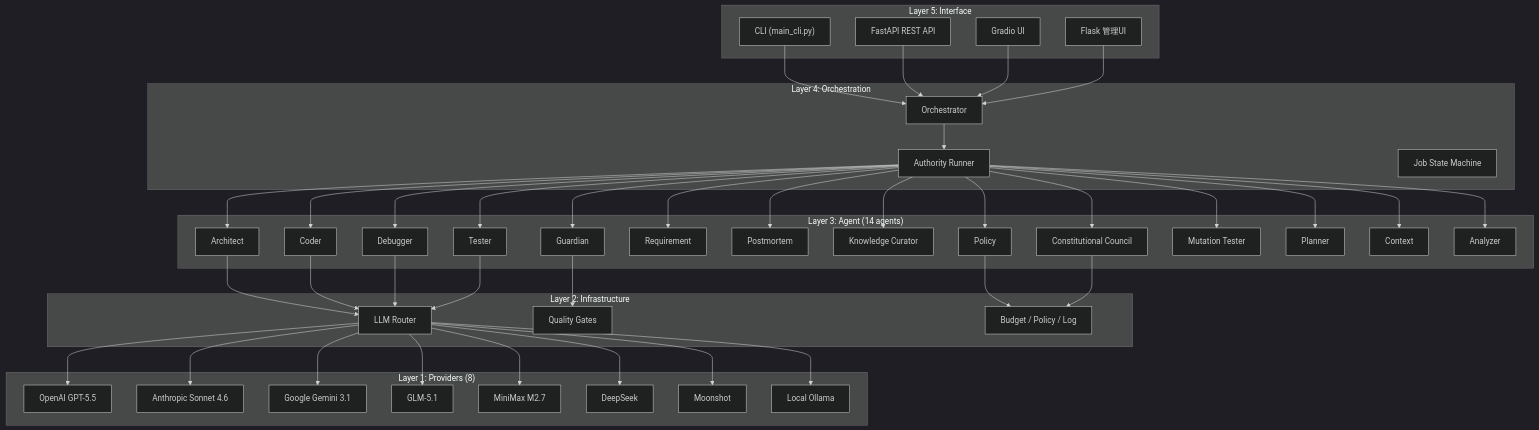
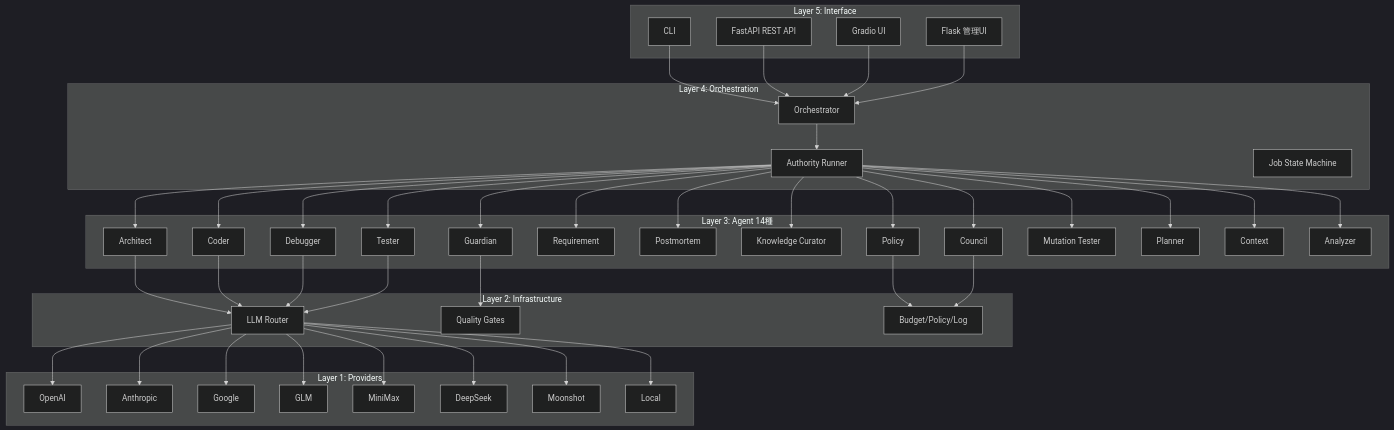
The first of 5 diagrams in articles/nexuscore-multi-agent-architecture.md (fukukei23/zenn), drawn with Mermaid (dark theme) before and after one commit. The commit also changed other lines of this file, not shown here.

Commit message:
fix: mermaid rendering - remove & chains over 10, quoted subgraph names, pipe labels, special chars

````diff
--- a/articles/nexuscore-multi-agent-architecture.md
+++ b/articles/nexuscore-multi-agent-architecture.md
@@ -28,19 +28,19 @@
 ```mermaid
 graph TB
-    subgraph "Layer 5: Interface"
-        CLI["CLI (main_cli.py)"]
+    subgraph L5[Layer 5: Interface]
+        CLI["CLI"]
         API["FastAPI REST API"]
         UI["Gradio UI"]
         WEB["Flask 管理UI"]
     end
 
-    subgraph "Layer 4: Orchestration"
+    subgraph L4[Layer 4: Orchestration]
         ORC["Orchestrator"]
         AR["Authority Runner"]
         SM["Job State Machine"]
     end
 
-    subgraph "Layer 3: Agent (14 agents)"
+    subgraph L3[Layer 3: Agent 14種]
         A1["Architect"]
         A2["Coder"]
         A3["Debugger"]
@@ -50,28 +50,28 @@
         A7["Postmortem"]
         A8["Knowledge Curator"]
         A9["Policy"]
-        A10["Constitutional Council"]
+        A10["Council"]
         A11["Mutation Tester"]
         A12["Planner"]
         A13["Context"]
         A14["Analyzer"]
     end
 
-    subgraph "Layer 2: Infrastructure"
+    subgraph L2[Layer 2: Infrastructure]
         LR["LLM Router"]
         QG["Quality Gates"]
-        NPE["Budget / Policy / Log"]
+        NPE["Budget/Policy/Log"]
     end
 
-    subgraph "Layer 1: Providers (8)"
-        P1["OpenAI GPT-5.5"]
-        P2["Anthropic Sonnet 4.6"]
-        P3["Google Gemini 3.1"]
-        P4["GLM-5.1"]
-        P5["MiniMax M2.7"]
+    subgraph L1[Layer 1: Providers]
+        P1["OpenAI"]
+        P2["Anthropic"]
+        P3["Google"]
+        P4["GLM"]
+        P5["MiniMax"]
         P6["DeepSeek"]
         P7["Moonshot"]
-        P8["Local Ollama"]
+        P8["Local"]
     end
 
     CLI --> ORC
@@ -80,13 +80,35 @@
     WEB --> ORC
 
     ORC --> AR
-    AR --> A1 & A2 & A3 & A4 & A5
-    AR --> A6 & A7 & A8 & A9 & A10
-    AR --> A11 & A12 & A13 & A14
+    AR --> A1
+    AR --> A2
+    AR --> A3
+    AR --> A4
+    AR --> A5
+    AR --> A6
+    AR --> A7
+    AR --> A8
+    AR --> A9
+    AR --> A10
+    AR --> A11
+    AR --> A12
+    AR --> A13
+    AR --> A14
 
-    A1 & A2 & A3 & A4 --> LR
+    A1 --> LR
+    A2 --> LR
+    A3 --> LR
+    A4 --> LR
     A5 --> QG
-    A9 & A10 --> NPE
+    A9 --> NPE
+    A10 --> NPE
 
-    LR --> P1 & P2 & P3 & P4 & P5 & P6 & P7 & P8
+    LR --> P1
+    LR --> P2
+    LR --> P3
+    LR --> P4
+    LR --> P5
+    LR --> P6
+    LR --> P7
+    LR --> P8
 ```
````
